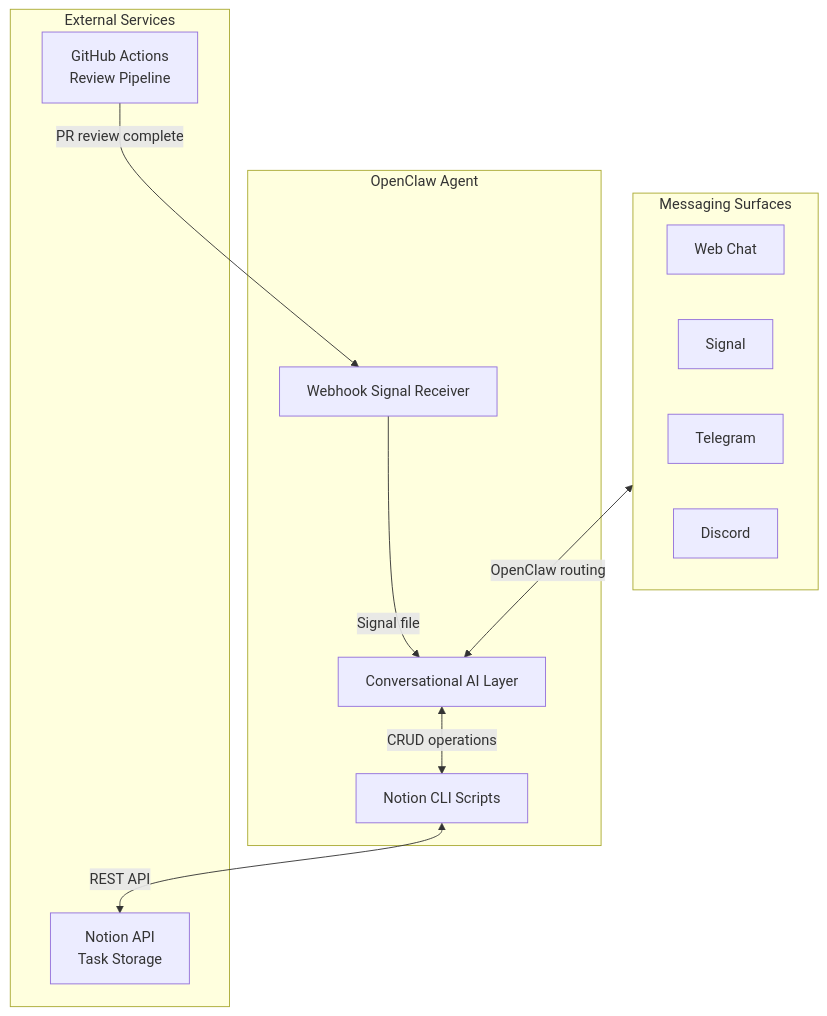
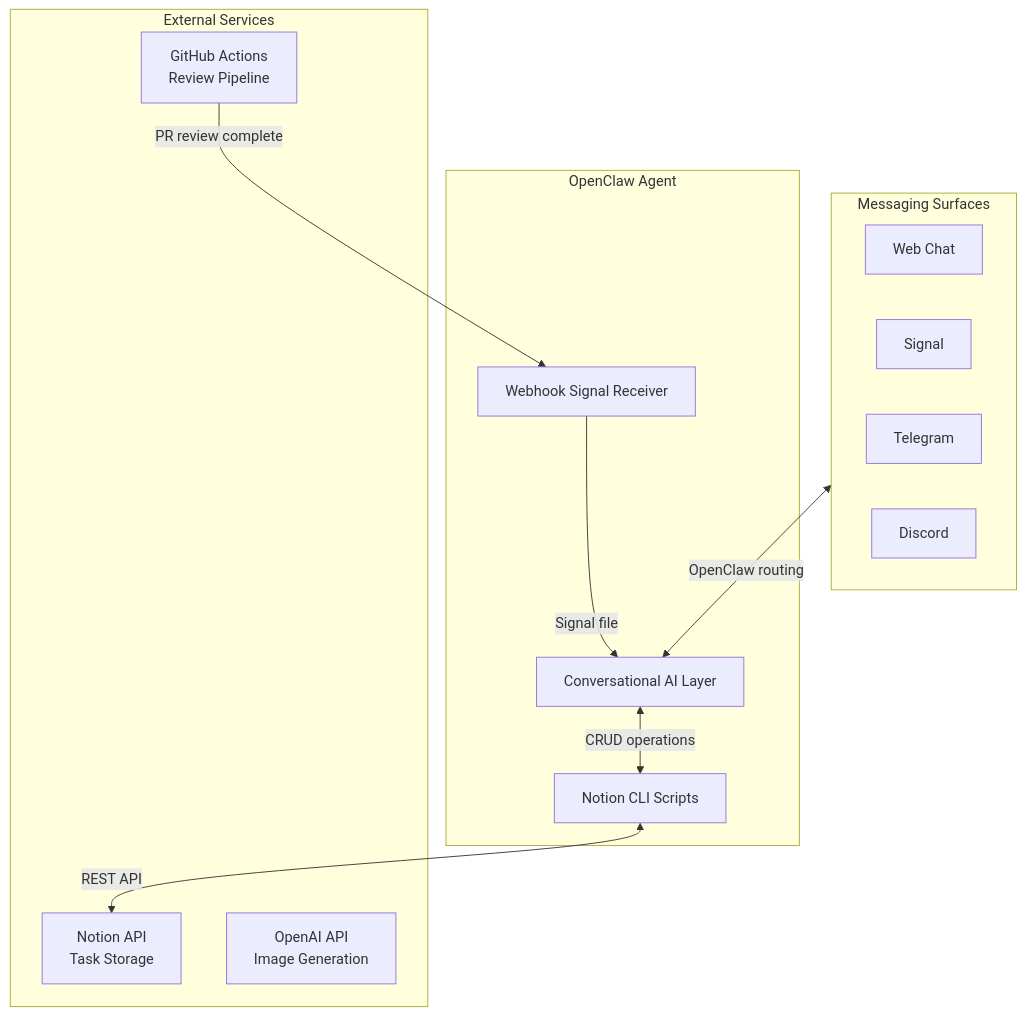
One commit to NickBorgersProbably/hide-my-list changed the first of 5 diagrams in docs/architecture.md. Above: the diagram before and after it, drawn with Mermaid. The commit also changed other lines of this file and 2 other files, not shown here.

````diff
--- a/docs/architecture.md
+++ b/docs/architecture.md
@@ -14,26 +14,27 @@
 ```mermaid
 flowchart TB
     subgraph Agent["OpenClaw Agent"]
         AI[Conversational AI Layer]
         Scripts[Notion CLI Scripts]
         Webhook[Webhook Signal Receiver]
     end
 
     subgraph Messaging["Messaging Surfaces"]
         Web[Web Chat]
         Signal[Signal]
         Telegram[Telegram]
         Discord[Discord]
     end
 
     subgraph External["External Services"]
         Notion[Notion API<br/>Task Storage]
+        OpenAI[OpenAI API<br/>Image Generation]
         GitHub[GitHub Actions<br/>Review Pipeline]
     end
 
     Messaging <-->|OpenClaw routing| AI
     AI <-->|CRUD operations| Scripts
     Scripts <-->|REST API| Notion
     GitHub -->|PR review complete| Webhook
     Webhook -->|Signal file| AI
 ```
````
